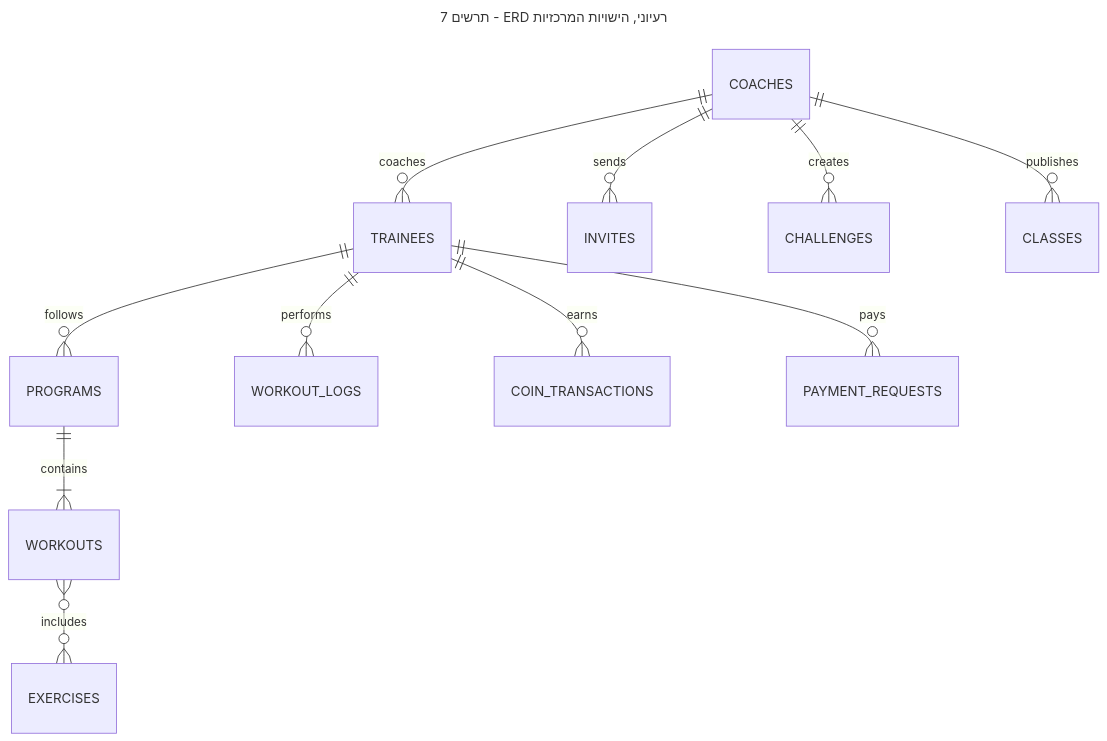
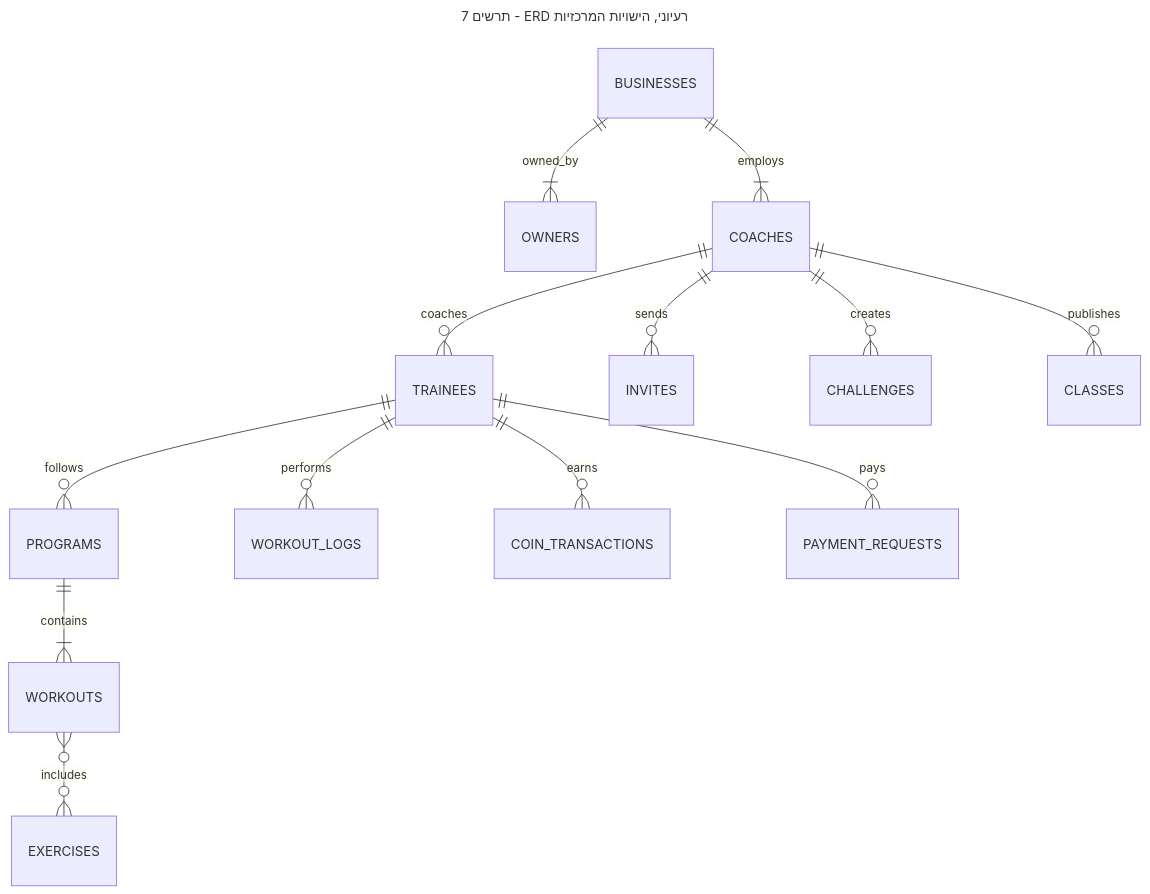
Before and after one commit to Sharpop30/fitness-app: the diagram in project-docs/mermaid/diagram-07-erd-conceptual.mmd, drawn with Mermaid. The commit also changed 37 other files, not shown here.

```diff
--- a/project-docs/mermaid/diagram-07-erd-conceptual.mmd
+++ b/project-docs/mermaid/diagram-07-erd-conceptual.mmd
@@ -1,14 +1,16 @@
 ---
 title: תרשים 7 - ERD רעיוני, הישויות המרכזיות
 ---
 erDiagram
+    BUSINESSES ||--|{ OWNERS : owned_by
+    BUSINESSES ||--|{ COACHES : employs
     COACHES ||--o{ TRAINEES : coaches
     COACHES ||--o{ INVITES : sends
     TRAINEES ||--o{ PROGRAMS : follows
     PROGRAMS ||--|{ WORKOUTS : contains
     WORKOUTS }o--o{ EXERCISES : includes
     TRAINEES ||--o{ WORKOUT_LOGS : performs
     TRAINEES ||--o{ COIN_TRANSACTIONS : earns
     COACHES ||--o{ CHALLENGES : creates
     TRAINEES ||--o{ PAYMENT_REQUESTS : pays
     COACHES ||--o{ CLASSES : publishes
```
